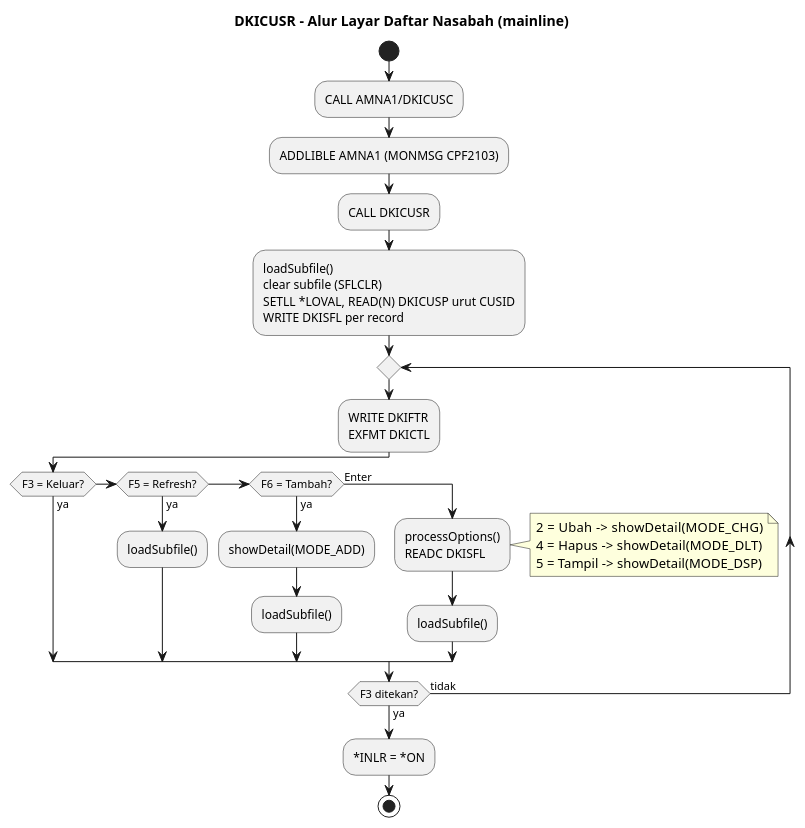
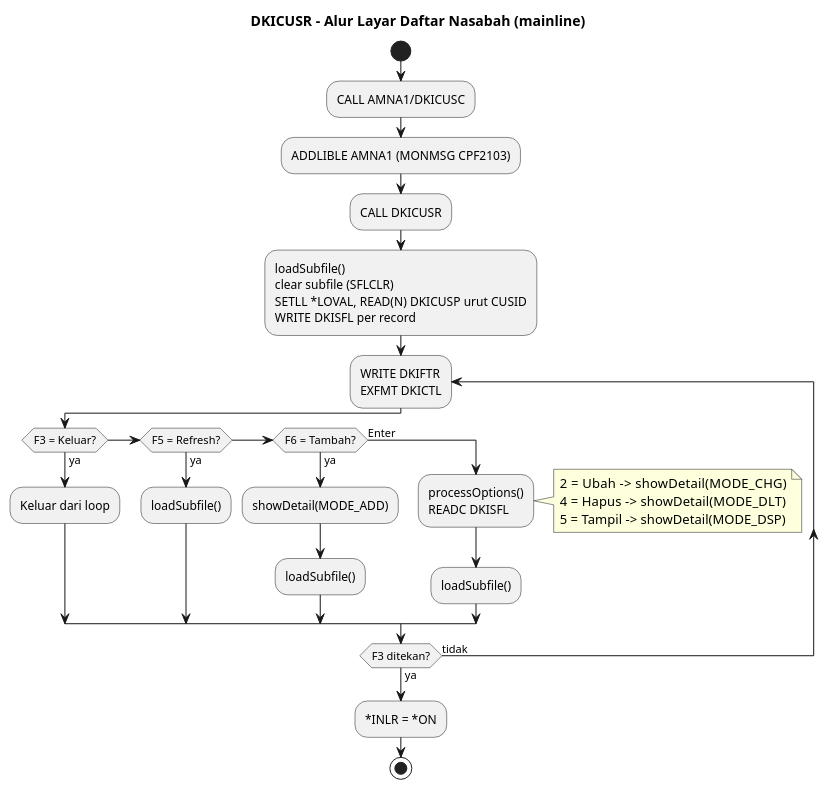
One commit to jellyamna1/sample changed the diagram in docs/uml/dki-crud-activity.puml. Above: the diagram before and after it, drawn with PlantUML. The commit also changed 8 other files, not shown here.

```diff
--- a/docs/uml/dki-crud-activity.puml
+++ b/docs/uml/dki-crud-activity.puml
@@ -1,36 +1,35 @@
 @startuml dki-crud-activity
 title DKICUSR - Alur Layar Daftar Nasabah (mainline)
 
 start
 :CALL AMNA1/DKICUSC;
 :ADDLIBLE AMNA1 (MONMSG CPF2103);
 :CALL DKICUSR;
 :loadSubfile()
 clear subfile (SFLCLR)
 SETLL *LOVAL, READ(N) DKICUSP urut CUSID
 WRITE DKISFL per record;
 
-repeat
-  :WRITE DKIFTR
-  EXFMT DKICTL;
+repeat :WRITE DKIFTR\nEXFMT DKICTL;
   if (F3 = Keluar?) then (ya)
+    :Keluar dari loop;
   elseif (F5 = Refresh?) then (ya)
     :loadSubfile();
   elseif (F6 = Tambah?) then (ya)
     :showDetail(MODE_ADD);
     :loadSubfile();
   else (Enter)
     :processOptions()
     READC DKISFL;
     note right
       2 = Ubah   -> showDetail(MODE_CHG)
       4 = Hapus  -> showDetail(MODE_DLT)
       5 = Tampil -> showDetail(MODE_DSP)
     end note
     :loadSubfile();
   endif
 repeat while (F3 ditekan?) is (tidak) not (ya)
 
 :*INLR = *ON;
 stop
 @enduml
```
